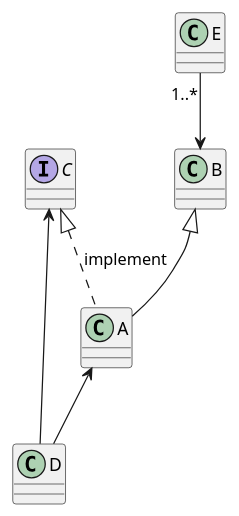
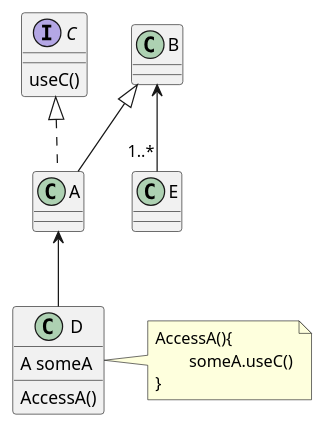
One commit to wannaflyhigh/Object-Oriented-Programming changed the diagram in hw2/1a.puml. Above: the diagram before and after it, drawn with PlantUML. The commit also changed 1 other file, not shown here.

```diff
--- a/hw2/1a.puml
+++ b/hw2/1a.puml
@@ -1,15 +1,20 @@
 @startuml 1a
 
 class A
 class B
-interface C
-class D
+interface C{
+	useC()
+}
+class D{
+	A someA
+	AccessA()
+}
+note right of D :AccessA(){\n	someA.useC()\n}
 class E
 
 B <|-- A
-C <|.. A: "implement"
-C <-- D
+C <|.. A
 A <-- D
-E "1..*" -->  B
+B <-- "1..*" E 
 
 @enduml
```
